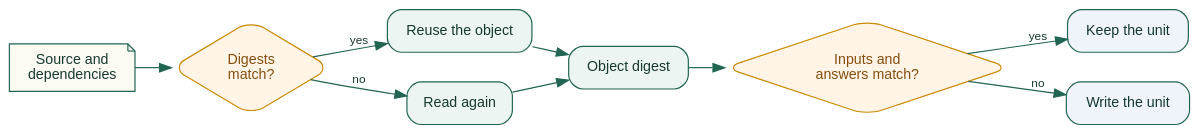
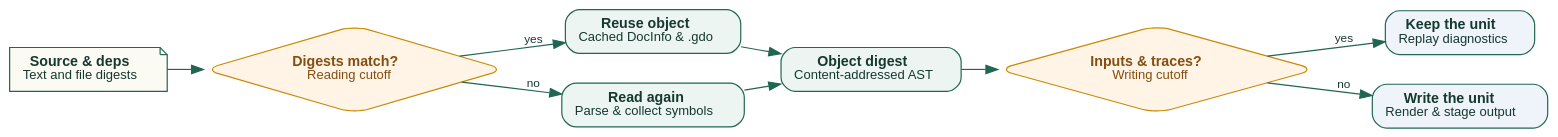
One commit to insanai/guidedog changed the first of 2 diagrams in docs/manual/internals/incremental.rst. Above: the diagram before and after it, drawn with Graphviz. The commit also changed other lines of this file and 7 other files, not shown here.

```diff
--- a/docs/manual/internals/incremental.rst
+++ b/docs/manual/internals/incremental.rst
@@ -30,29 +30,29 @@
 .. graphviz::
    :class: graphviz-adaptive
    :caption: Two layers, each with its own cutoff. Where the digests match, the work stops.
    :alt: A source document goes to the reading layer. If its digests match, the saved object is reused; otherwise the document is read again. The object then goes to the writing layer. If the unit's inputs and lookup answers match, the unit is kept; otherwise it is written again.
 
    digraph incremental {
      graph [rankdir=LR, bgcolor="transparent", pad="0.3", nodesep="0.35", ranksep="0.4"];
      node [shape=box, style="rounded,filled", fillcolor="#edf5f2",
            color="#216553", fontname="Helvetica", fontcolor="#16382f", fontsize=12, margin="0.15,0.1"];
      edge [color="#216553", fontname="Helvetica", fontcolor="#16382f", fontsize=10];
 
-     source [class="gd-input", shape=note, fillcolor="#fbfaf3", label="Source and\ndependencies"];
-     same_read [class="gd-choice", shape=diamond, fillcolor="#fff4e6", color="#ca8a04", fontcolor="#854d0e", label="Digests\nmatch?"];
-     reuse [label="Reuse the object"];
-     reread [label="Read again"];
-     object [label="Object digest"];
-     same_unit [class="gd-choice", shape=diamond, fillcolor="#fff4e6", color="#ca8a04", fontcolor="#854d0e", label="Inputs and\nanswers match?"];
-     keep [class="gd-output", fillcolor="#eef4fa", label="Keep the unit"];
-     write [class="gd-output", fillcolor="#eef4fa", label="Write the unit"];
+     source [class="gd-input", shape=note, fillcolor="#fbfaf3", label=<<B>Source &amp; deps</B><BR/><FONT POINT-SIZE="11">Text and file digests</FONT>>];
+     same_read [class="gd-choice", shape=diamond, fillcolor="#fff4e6", color="#ca8a04", fontcolor="#854d0e", label=<<B>Digests match?</B><BR/><FONT POINT-SIZE="11">Reading cutoff</FONT>>];
+     reuse [label=<<B>Reuse object</B><BR/><FONT POINT-SIZE="11">Cached DocInfo &amp; .gdo</FONT>>];
+     reread [label=<<B>Read again</B><BR/><FONT POINT-SIZE="11">Parse &amp; collect symbols</FONT>>];
+     object [label=<<B>Object digest</B><BR/><FONT POINT-SIZE="11">Content-addressed AST</FONT>>];
+     same_unit [class="gd-choice", shape=diamond, fillcolor="#fff4e6", color="#ca8a04", fontcolor="#854d0e", label=<<B>Inputs &amp; traces?</B><BR/><FONT POINT-SIZE="11">Writing cutoff</FONT>>];
+     keep [class="gd-output", fillcolor="#eef4fa", label=<<B>Keep the unit</B><BR/><FONT POINT-SIZE="11">Replay diagnostics</FONT>>];
+     write [class="gd-output", fillcolor="#eef4fa", label=<<B>Write the unit</B><BR/><FONT POINT-SIZE="11">Render &amp; stage output</FONT>>];
 
      source -> same_read;
      same_read -> reuse [label="yes"];
      same_read -> reread [label="no"];
      reuse -> object;
      reread -> object;
      object -> same_unit;
      same_unit -> keep [label="yes"];
      same_unit -> write [label="no"];
    }
```
